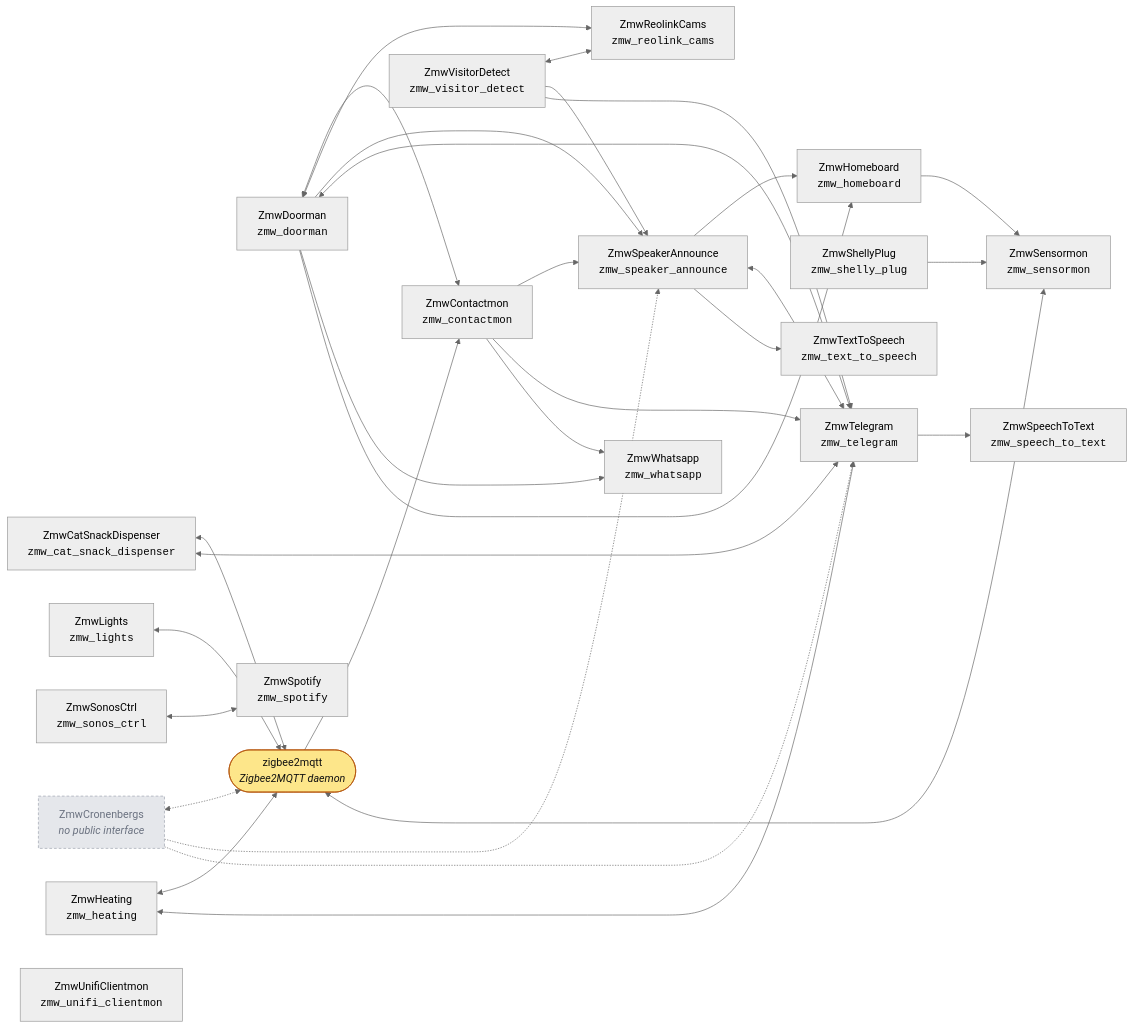
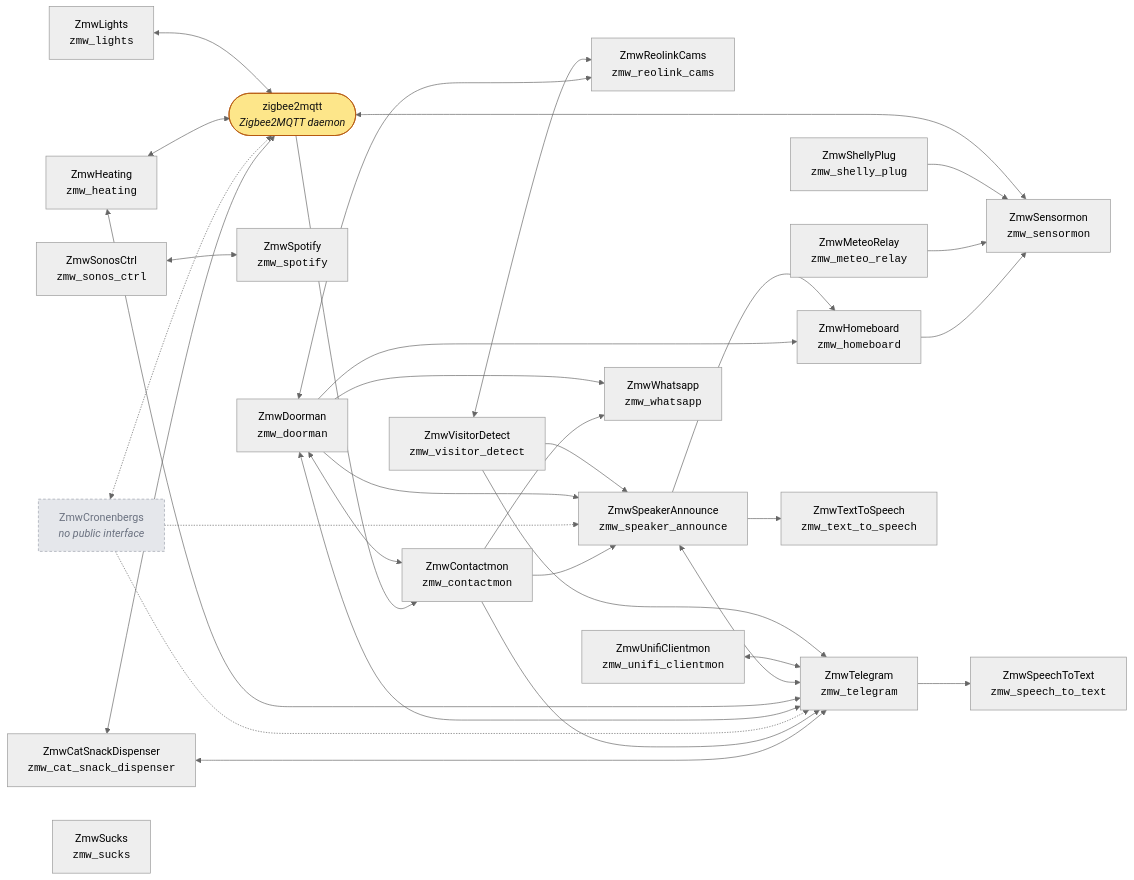
The diagram in README.md (nicolasbrailo/zmw), drawn with Mermaid (neutral theme) before and after one commit. The commit also changed other lines of this file and 73 other files, not shown here.

````diff
--- a/README.md
+++ b/README.md
@@ -88,58 +88,62 @@
 ```mermaid
 flowchart LR
     zmw_cat_snack_dispenser["ZmwCatSnackDispenser<br/><code>zmw_cat_snack_dispenser</code>"]
     zmw_contactmon["ZmwContactmon<br/><code>zmw_contactmon</code>"]
     zmw_cronenbergs["ZmwCronenbergs<br/><i>no public interface</i>"]
     zmw_doorman["ZmwDoorman<br/><code>zmw_doorman</code>"]
     zmw_heating["ZmwHeating<br/><code>zmw_heating</code>"]
     zmw_homeboard["ZmwHomeboard<br/><code>zmw_homeboard</code>"]
     zmw_lights["ZmwLights<br/><code>zmw_lights</code>"]
+    zmw_meteo_relay["ZmwMeteoRelay<br/><code>zmw_meteo_relay</code>"]
     zmw_reolink_cams["ZmwReolinkCams<br/><code>zmw_reolink_cams</code>"]
     zmw_sensormon["ZmwSensormon<br/><code>zmw_sensormon</code>"]
     zmw_shelly_plug["ZmwShellyPlug<br/><code>zmw_shelly_plug</code>"]
     zmw_sonos_ctrl["ZmwSonosCtrl<br/><code>zmw_sonos_ctrl</code>"]
     zmw_speaker_announce["ZmwSpeakerAnnounce<br/><code>zmw_speaker_announce</code>"]
     zmw_speech_to_text["ZmwSpeechToText<br/><code>zmw_speech_to_text</code>"]
     zmw_spotify["ZmwSpotify<br/><code>zmw_spotify</code>"]
+    zmw_sucks["ZmwSucks<br/><code>zmw_sucks</code>"]
     zmw_telegram["ZmwTelegram<br/><code>zmw_telegram</code>"]
     zmw_text_to_speech["ZmwTextToSpeech<br/><code>zmw_text_to_speech</code>"]
     zmw_unifi_clientmon["ZmwUnifiClientmon<br/><code>zmw_unifi_clientmon</code>"]
     zmw_visitor_detect["ZmwVisitorDetect<br/><code>zmw_visitor_detect</code>"]
     zmw_whatsapp["ZmwWhatsapp<br/><code>zmw_whatsapp</code>"]
     zigbee2mqtt(["zigbee2mqtt<br/><i>Zigbee2MQTT daemon</i>"])
 
     zmw_cat_snack_dispenser <--> zigbee2mqtt
     zmw_cat_snack_dispenser <--> zmw_telegram
     zigbee2mqtt --> zmw_contactmon
     zmw_contactmon --> zmw_speaker_announce
     zmw_contactmon --> zmw_telegram
     zmw_contactmon --> zmw_whatsapp
     zmw_cronenbergs <-.-> zigbee2mqtt
     zmw_cronenbergs -.-> zmw_speaker_announce
     zmw_cronenbergs -.-> zmw_telegram
     zmw_doorman <--> zmw_contactmon
     zmw_doorman <--> zmw_reolink_cams
     zmw_doorman --> zmw_speaker_announce
     zmw_doorman <--> zmw_telegram
     zmw_doorman --> zmw_whatsapp
     zmw_heating <--> zigbee2mqtt
     zmw_heating <--> zmw_telegram
     zmw_doorman --> zmw_homeboard
     zmw_speaker_announce --> zmw_homeboard
     zmw_lights <--> zigbee2mqtt
     zmw_sensormon <--> zigbee2mqtt
     zmw_homeboard --> zmw_sensormon
+    zmw_meteo_relay --> zmw_sensormon
     zmw_shelly_plug --> zmw_sensormon
     zmw_sonos_ctrl <--> zmw_spotify
     zmw_speaker_announce <--> zmw_telegram
     zmw_speaker_announce --> zmw_text_to_speech
     zmw_telegram --> zmw_speech_to_text
+    zmw_unifi_clientmon <--> zmw_telegram
     zmw_visitor_detect <--> zmw_reolink_cams
     zmw_visitor_detect --> zmw_speaker_announce
     zmw_visitor_detect --> zmw_telegram
 
     class zigbee2mqtt external;
     class zmw_cronenbergs passive;
     classDef external fill:#fde68a,stroke:#b45309,color:#111;
     classDef passive fill:#e5e7eb,stroke:#9ca3af,color:#6b7280,stroke-dasharray:4 3;
 ```
````
